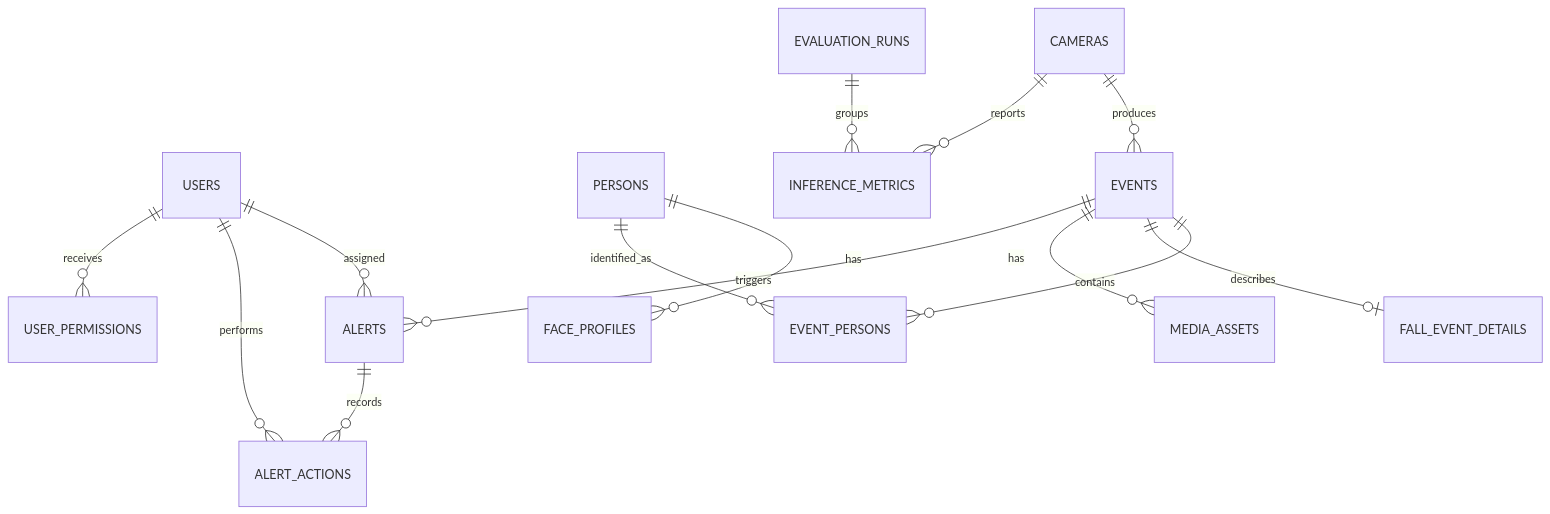
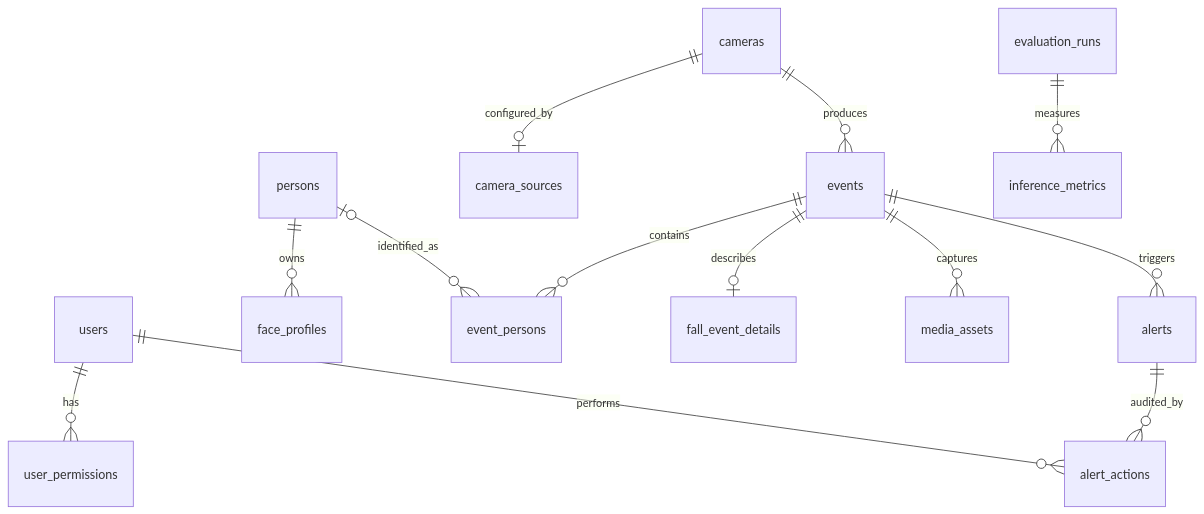
One commit to daoquocdai/P227 changed the diagram in docs/database-design.md. Above: the diagram before and after it, drawn with Mermaid. The commit also changed other lines of this file and 64 other files, not shown here.

Commit message:
docs: align project documentation with single-hub architecture

````diff
--- a/docs/database-design.md
+++ b/docs/database-design.md
@@ -23,16 +7,15 @@
 ```mermaid
 erDiagram
-    USERS ||--o{ ALERTS : assigned
-    USERS ||--o{ ALERT_ACTIONS : performs
-    USERS ||--o{ USER_PERMISSIONS : receives
-    PERSONS ||--o{ FACE_PROFILES : has
-    PERSONS ||--o{ EVENT_PERSONS : identified_as
-    CAMERAS ||--o{ EVENTS : produces
-    EVENTS ||--o{ EVENT_PERSONS : contains
-    EVENTS ||--o| FALL_EVENT_DETAILS : describes
-    EVENTS ||--o{ MEDIA_ASSETS : has
-    EVENTS ||--o{ ALERTS : triggers
-    ALERTS ||--o{ ALERT_ACTIONS : records
-    CAMERAS ||--o{ INFERENCE_METRICS : reports
-    EVALUATION_RUNS ||--o{ INFERENCE_METRICS : groups
+    users ||--o{ user_permissions : has
+    users ||--o{ alert_actions : performs
+    persons ||--o{ face_profiles : owns
+    cameras ||--o| camera_sources : configured_by
+    cameras ||--o{ events : produces
+    events ||--o{ event_persons : contains
+    persons o|--o{ event_persons : identified_as
+    events ||--o| fall_event_details : describes
+    events ||--o{ media_assets : captures
+    events ||--o{ alerts : triggers
+    alerts ||--o{ alert_actions : audited_by
+    evaluation_runs ||--o{ inference_metrics : measures
 ```
````
